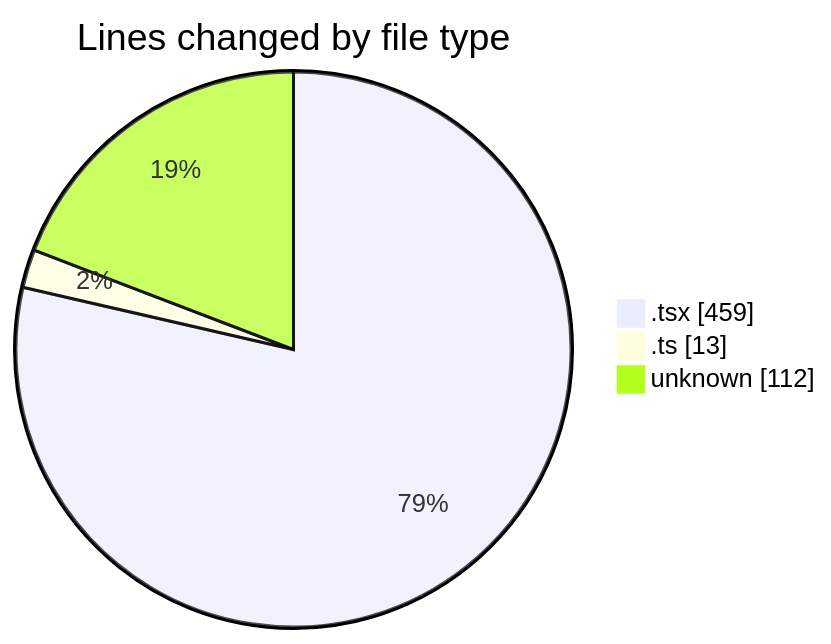
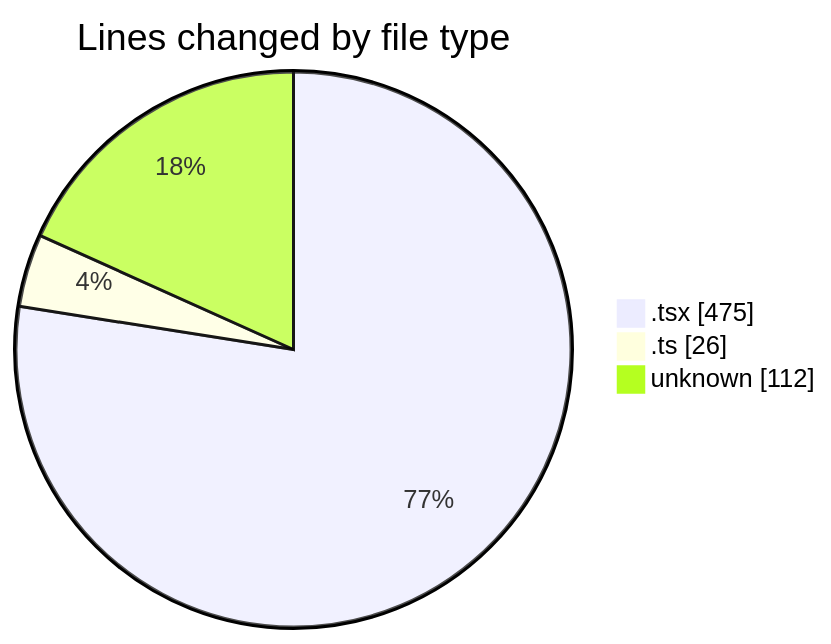
One commit to momahboobian/code-tracking changed the first of 2 diagrams in 2026-04-28/cda/README.md. Above: the diagram before and after it, drawn with Mermaid. The commit also changed other lines of this file and 1 other file, not shown here.

````diff
--- a/2026-04-28/cda/README.md
+++ b/2026-04-28/cda/README.md
@@ -25,7 +25,7 @@
 ```mermaid
 pie showData
 title Lines changed by file type
-".tsx" : 459
-".ts" : 13
+".tsx" : 475
+".ts" : 26
 "unknown" : 112
 ```
````
